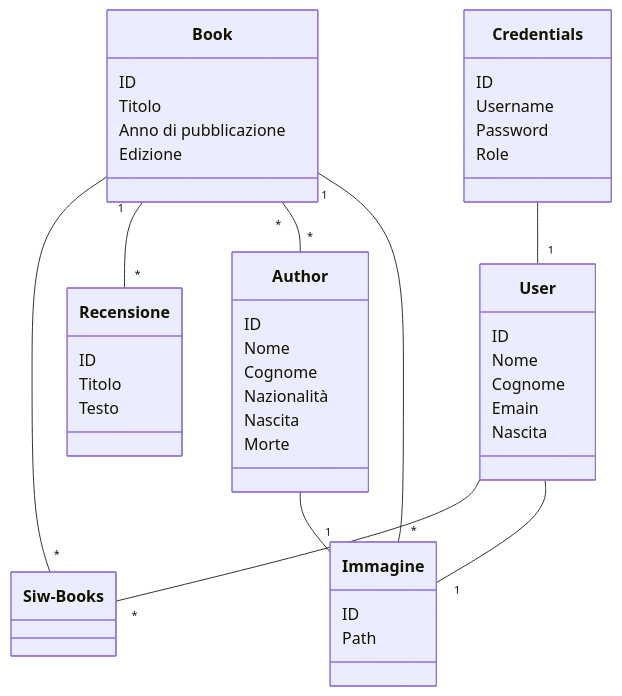
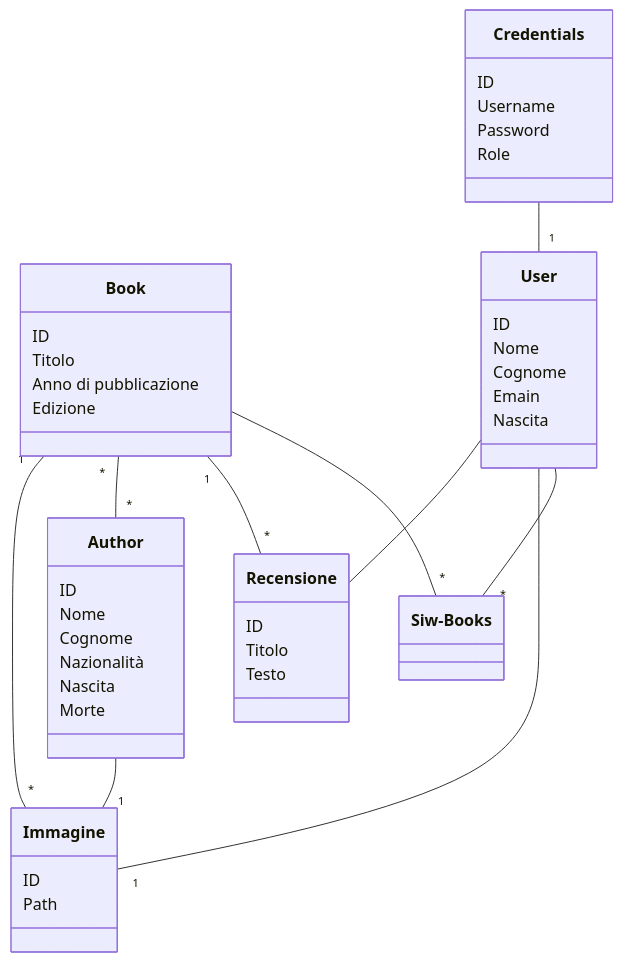
The diagram in README.md (Chiodoo/SIW_Books), drawn with Mermaid before and after one commit.

Commit message:
Aggiornato README

````diff
--- a/README.md
+++ b/README.md
@@ -11,61 +11,61 @@
 ```mermaid
 classDiagram
 
   class Siw-Books {
 
   }
   
   class Book {
     ID
     Titolo
     Anno di pubblicazione
     Edizione
   }
 
   class Author {
     ID
     Nome
     Cognome
     Nazionalità
     Nascita
     Morte
   }
 
   class Recensione {
     ID
     Titolo
     Testo
   }
 
   class Immagine {
     ID
     Path
   }
 
   class User {
     ID
     Nome
     Cognome
     Emain
     Nascita
   }
 
   class Credentials {
     ID
     Username
     Password
     Role
   }
 
   Credentials  -- "1" User
   User -- "*" Siw-Books
   Book -- "*" Siw-Books
   Book "1" -- "*" Recensione
   Book "*" -- "*" Author
   Book "1" -- "*" Immagine
   User -- "1" Immagine
   Author -- "1" Immagine
-  
+  User -- Recensione
 
 
 ```
````
